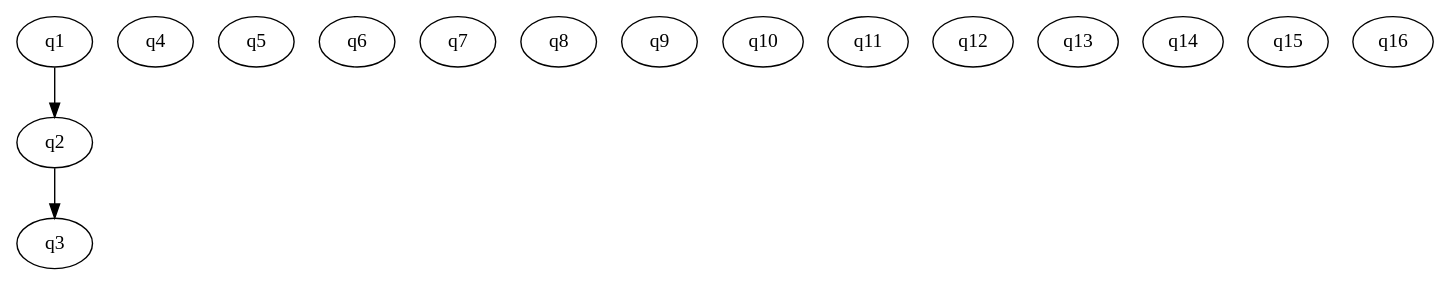
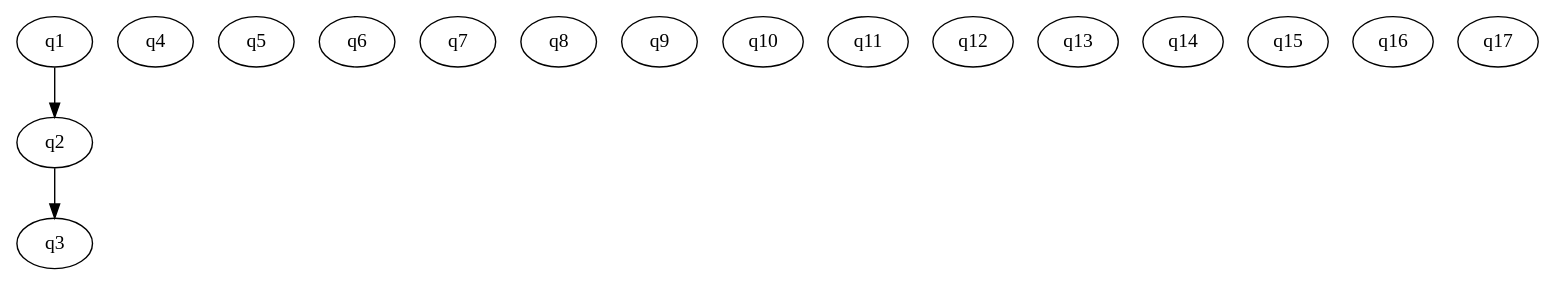
One commit to cdurden/algebra742 changed the diagram in algebra742live/content/question_digraphs/ch5.dot. Above: the diagram before and after it, drawn with Graphviz. The commit also changed 3 other files, not shown here.

```diff
--- a/algebra742live/content/question_digraphs/ch5.dot
+++ b/algebra742live/content/question_digraphs/ch5.dot
@@ -1,20 +1,21 @@
 digraph ch5 {
   start=q1;
   q1 [class="Question.SolutionQuestion",params="{'statement': 'x+3>70'}"];
   q2 [class="Question.SolutionQuestion",params="{'statement': 'x+3<70'}"];
   q3 [class="Question.SolutionQuestion",params="{'statement': '5x<2'}"];
   q4 [class="Question.SolutionQuestion",params="{'statement': '-5x<2'}"];
   q5 [class="Question.NonSolutionQuestion",params="{'statement': 'x+3>70'}"];
   q6 [class="Question.NonSolutionQuestion",params="{'statement': 'x+3<70'}"];
   q7 [class="Question.NonSolutionQuestion",params="{'statement': '5x<2'}"];
   q8 [class="Question.NonSolutionQuestion",params="{'statement': '-5x<2'}"];
   q9 [class="Question.SolutionQuestion",params="{'statement': '-3x>18'}"];
   q10 [class="Question.OpenEndedQuestion",params="{'Question': 'How are the solutions to the inequality $-3x \\ge 18$ different from the solutions to $-3x>18$? Explain your reasoning.'}"];
   q11 [class="Question.AsyGraphicsDrawingQuestion",params="{'template': 'NumberLine.asy', 'min':'-8', 'max':'8', 'Question': 'Where are $-5$ and $2$ relative to each other?'}"];
   q12 [class="Question.DotGraphicsQuestion",params="{'template': 'ch5.dot'}"];
   q13 [class="Question.MultiPartQuestion",params="{'parts': [{'class':'Question.SolutionQuestion', 'params': {'statement': 'x+3>70'}}, {'class':'Question.SolutionQuestion', 'params': {'statement': 'x+3<70'}}, {'class':'Question.SolutionQuestion', 'params': {'statement': '5x<2'}}, {'class':'Question.SolutionQuestion', 'params': {'statement': '-5x<2'}}]}"];
   q14 [class="Question.AsyGraphicsQuestion",params="{'template': 'NumberLine.asy', 'min':'-3', 'max':'8', 'Question': ''}"];
   q15 [class="Question.AsyGraphicsQuestion",params="{'template': 'NumberLine.asy', 'min':'-3', 'max':'20', 'Question': ''}"];
   q16 [class="Question.AsyGraphicsQuestion",params="{'template': 'NumberLine.asy', 'min':'-3', 'max':'10', 'Question': ''}"];
+  q17 [class="Question.DrawingQuestion",params="{'image_url': '/static/images/NumberLineNoLabels.png','Question': ''}"];
   q1 -> q2 -> q3;
 }
```
